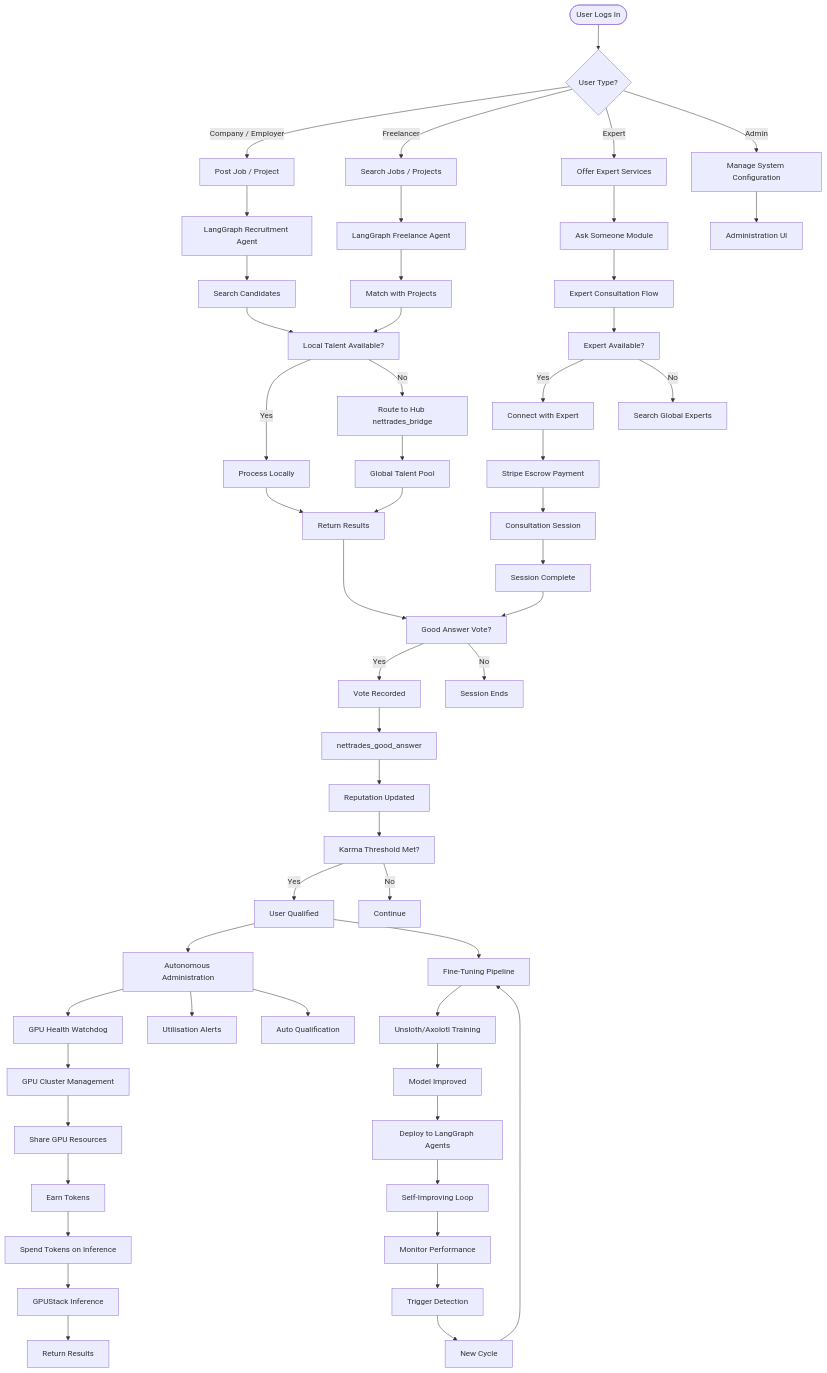
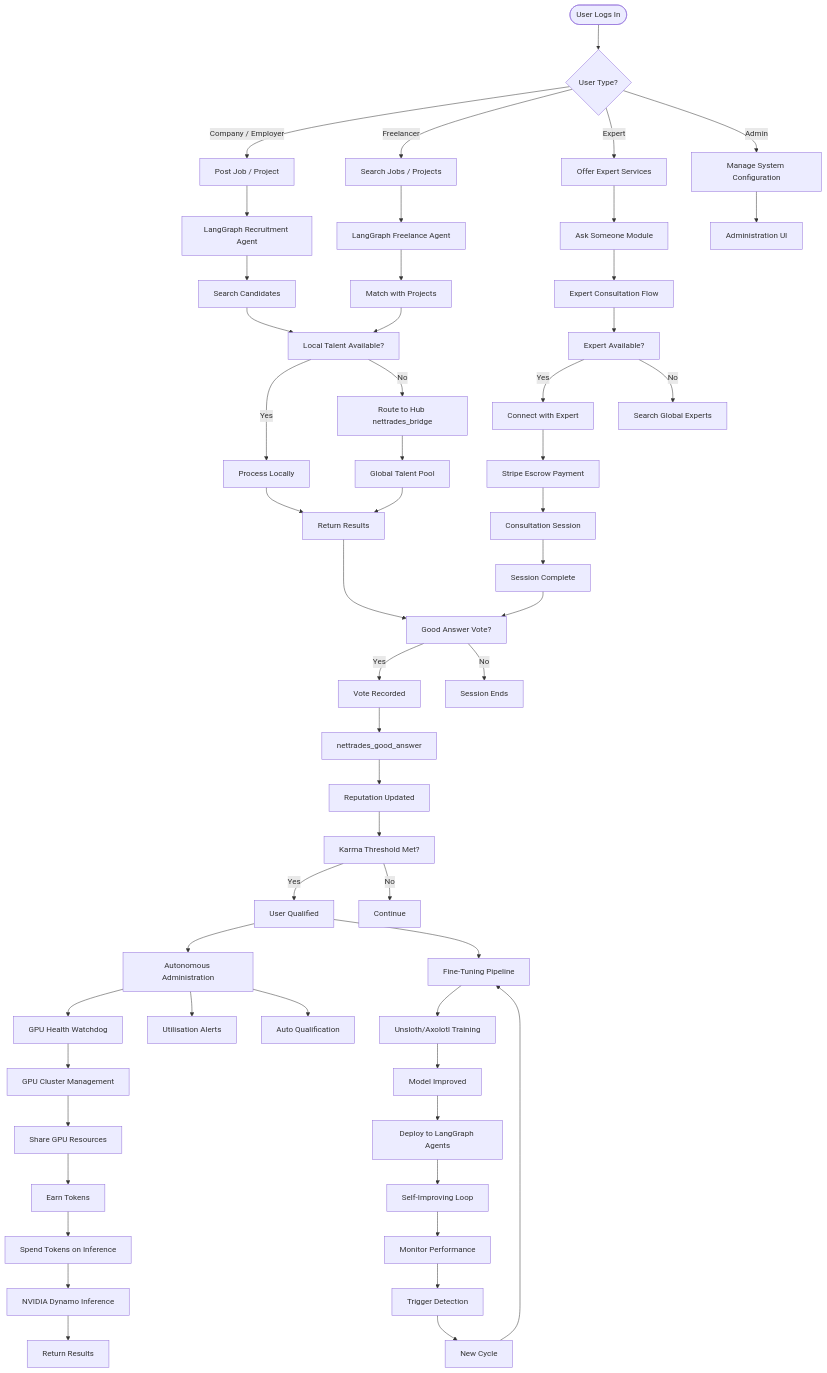
Before and after one commit to nettrades/nettrades-platform: the seventh of 17 diagrams in README.md, drawn with Mermaid. The commit also changed other lines of this file, not shown here.

Commit message:
removed GPUStack and replaced it with NVIDIA Dynamo

````diff
--- a/README.md
+++ b/README.md
@@ -1089,71 +1089,71 @@
 ```mermaid
 graph TD
     START([User Logs In]) --> A{User Type?}
 
     A -->|Company / Employer| B[Post Job / Project]
     A -->|Freelancer| C[Search Jobs / Projects]
     A -->|Expert| D[Offer Expert Services]
     A -->|Admin| F[Manage System Configuration]
 
     B --> G[LangGraph Recruitment Agent]
     C --> H[LangGraph Freelance Agent]
     D --> I[Ask Someone Module]
     F --> K[Administration UI]
 
     G --> L[Search Candidates]
     H --> M[Match with Projects]
     I --> N[Expert Consultation Flow]
 
     L --> O[Local Talent Available?]
     M --> O
     N --> P[Expert Available?]
 
     O -->|Yes| Q[Process Locally]
     O -->|No| R[Route to Hub nettrades_bridge]
 
     P -->|Yes| S[Connect with Expert]
     P -->|No| T[Search Global Experts]
 
     S --> U[Stripe Escrow Payment]
     U --> V[Consultation Session]
     V --> W[Session Complete]
 
     Q --> X[Return Results]
     R --> Y[Global Talent Pool]
     Y --> X
 
     W --> Z[Good Answer Vote?]
     X --> Z
     Z -->|Yes| AA[Vote Recorded]
     Z -->|No| AB[Session Ends]
 
     AA --> AC[nettrades_good_answer]
     AC --> AD[Reputation Updated]
     AD --> AE[Karma Threshold Met?]
     AE -->|Yes| AF[User Qualified]
     AE -->|No| AG[Continue]
 
     AF --> AH[Autonomous Administration]
     AH --> AI[GPU Health Watchdog]
     AH --> AJ[Utilisation Alerts]
     AH --> AK[Auto Qualification]
 
     AI --> AL[GPU Cluster Management]
     AL --> AM[Share GPU Resources]
     AM --> AN[Earn Tokens]
 
     AN --> AO[Spend Tokens on Inference]
-    AO --> AP[GPUStack Inference]
+    AO --> AP[NVIDIA Dynamo Inference]
     AP --> AQ[Return Results]
 
     AF --> AR[Fine-Tuning Pipeline]
     AR --> AS[Unsloth/Axolotl Training]
     AS --> AT[Model Improved]
     AT --> AU[Deploy to LangGraph Agents]
 
     AU --> AV[Self-Improving Loop]
     AV --> AW[Monitor Performance]
     AW --> AX[Trigger Detection]
     AX --> AY[New Cycle]
     AY --> AR
 ```
````
